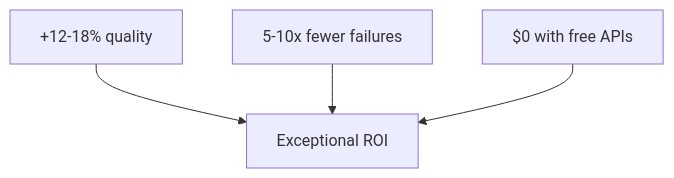
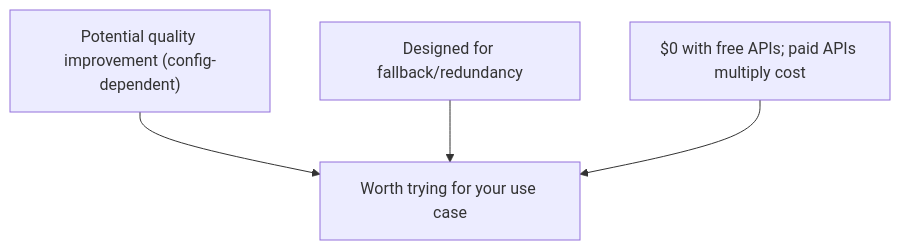
The fourth of 4 diagrams in MODEL_FUSION_ANALYSIS.md (lucafolino42-png/free-model-fusion), drawn with Mermaid before and after one commit. The commit also changed other lines of this file and 17 other files, not shown here.

````diff
--- a/MODEL_FUSION_ANALYSIS.md
+++ b/MODEL_FUSION_ANALYSIS.md
@@ -199,9 +217,9 @@
 ```mermaid
 graph TD
-    Quality["+12-18% quality"]
-    Reliability["5-10x fewer failures"]
-    Cost["$0 with free APIs"]
-    Quality --> Verdict["Exceptional ROI"]
+    Quality["Potential quality improvement (config-dependent)"]
+    Reliability["Designed for fallback/redundancy"]
+    Cost["$0 with free APIs; paid APIs multiply cost"]
+    Quality --> Verdict["Worth trying for your use case"]
     Reliability --> Verdict
     Cost --> Verdict
 ```
````
